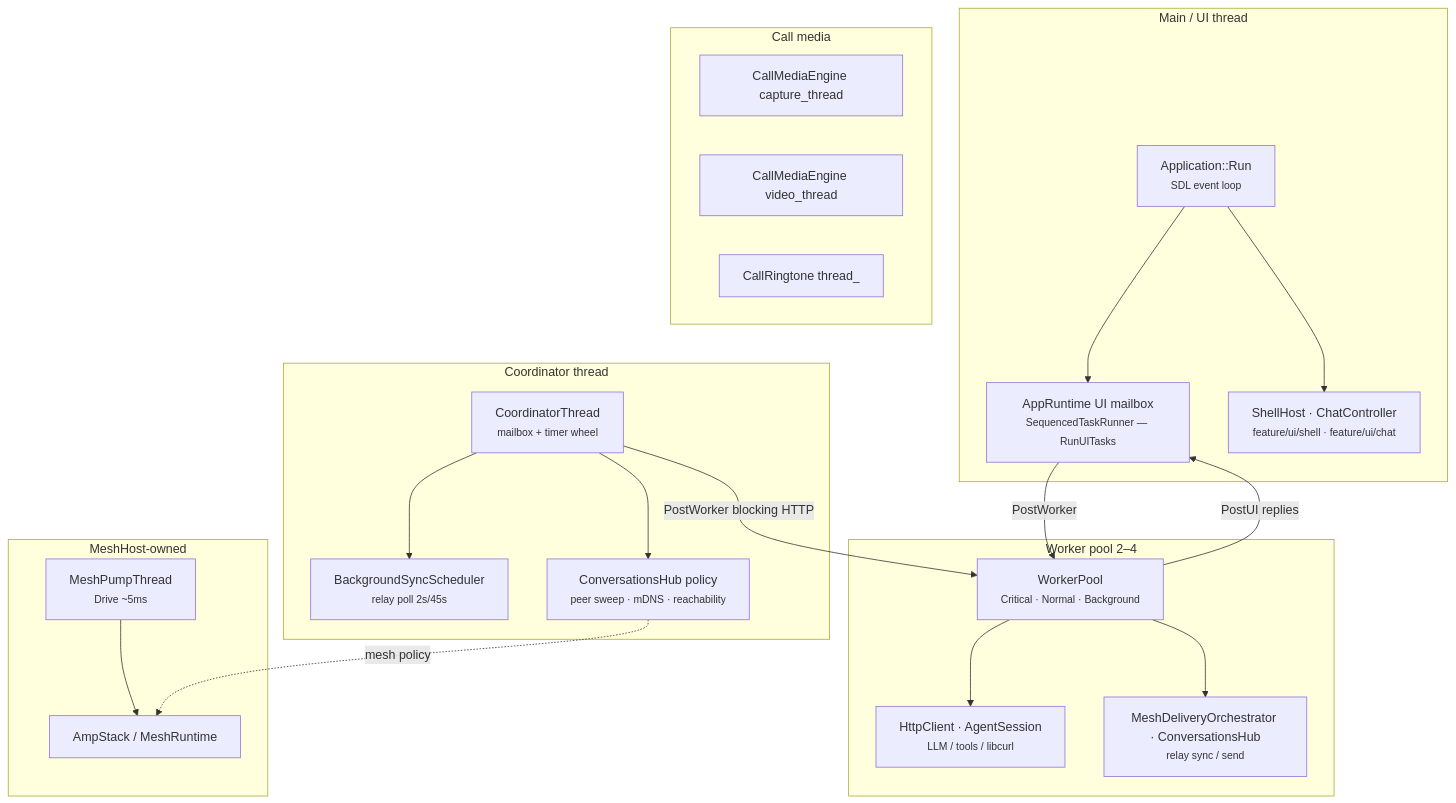
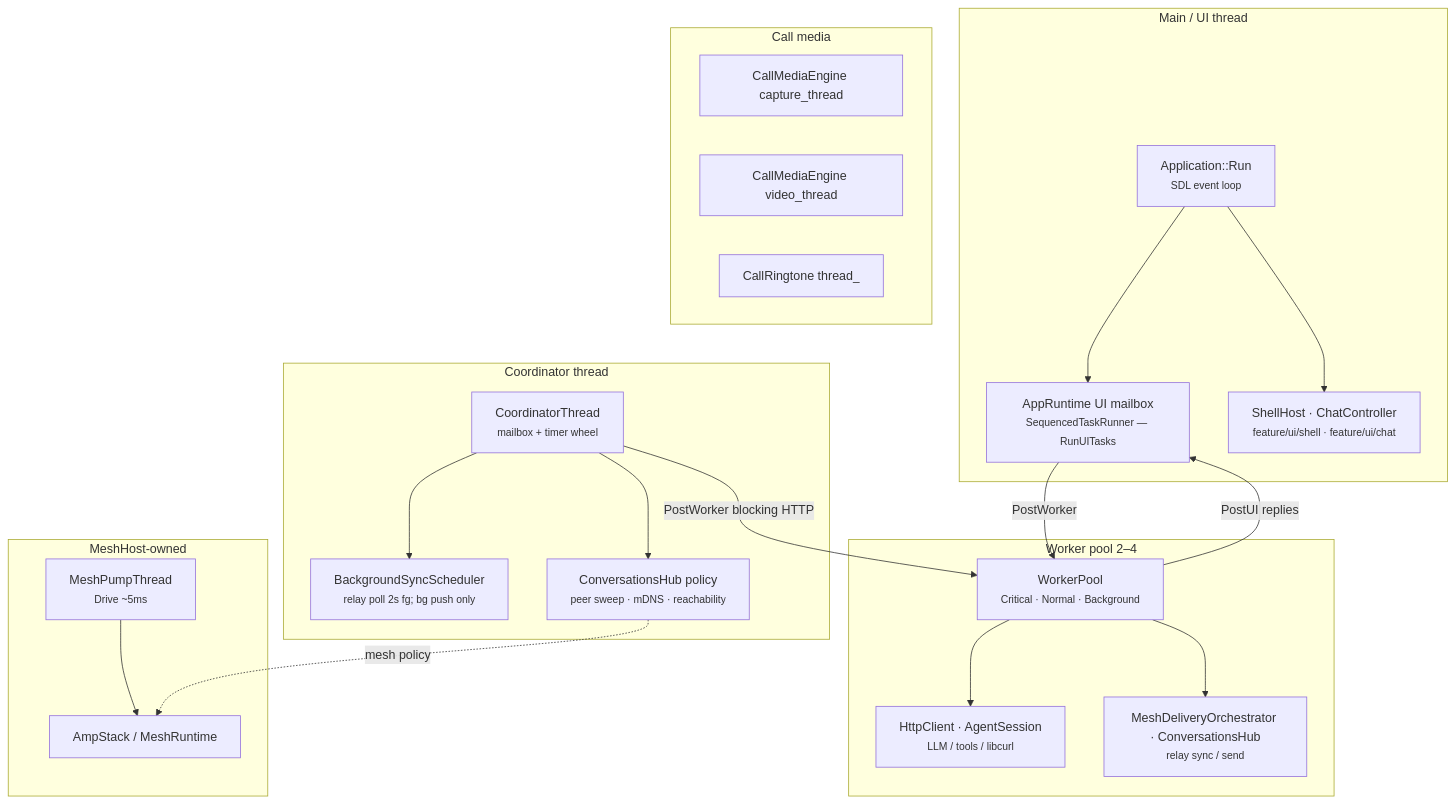
The fourth of 4 diagrams in docs/architecture/RUNTIME_COMPOSITION.md (people-post/pp-browser), drawn with Mermaid before and after one commit. The commit also changed 10 other files, not shown here.

First line of the commit message:
Background is push only: a wake is a 20 s window (P010); a click's ring stays down

````diff
--- a/docs/architecture/RUNTIME_COMPOSITION.md
+++ b/docs/architecture/RUNTIME_COMPOSITION.md
@@ -237,43 +237,43 @@
 ```mermaid
 flowchart TB
   subgraph main["Main / UI thread"]
     SDL["Application::Run<br/><small>SDL event loop</small>"]
     UIQ["AppRuntime UI mailbox<br/><small>SequencedTaskRunner — RunUITasks</small>"]
     ShellTick["ShellHost · ChatController<br/><small>feature/ui/shell · feature/ui/chat</small>"]
     SDL --> UIQ
     SDL --> ShellTick
   end
 
   subgraph coord["Coordinator thread"]
     Coord["CoordinatorThread<br/><small>mailbox + timer wheel</small>"]
-    RelayPoll["BackgroundSyncScheduler<br/><small>relay poll 2s/45s</small>"]
+    RelayPoll["BackgroundSyncScheduler<br/><small>relay poll 2s fg; bg push only</small>"]
     HubPolicy["ConversationsHub policy<br/><small>peer sweep · mDNS · reachability</small>"]
     Coord --> RelayPoll
     Coord --> HubPolicy
   end
 
   subgraph pool["Worker pool 2–4"]
     Pool["WorkerPool<br/><small>Critical · Normal · Background</small>"]
     Http["HttpClient · AgentSession<br/><small>LLM / tools / libcurl</small>"]
     P2pWork["MeshDeliveryOrchestrator · ConversationsHub<br/><small>relay sync / send</small>"]
     Pool --> Http
     Pool --> P2pWork
   end
 
   subgraph mesh_host["MeshHost-owned"]
     Pump["MeshPumpThread<br/><small>Drive ~5ms</small>"]
     Amp["AmpStack / MeshRuntime"]
     Pump --> Amp
   end
 
   subgraph media_stack["Call media"]
     Cap["CallMediaEngine capture_thread"]
     Vid["CallMediaEngine video_thread"]
     Ring["CallRingtone thread_"]
   end
 
   UIQ -->|"PostWorker"| Pool
   Pool -->|"PostUI replies"| UIQ
   Coord -->|"PostWorker blocking HTTP"| Pool
   HubPolicy -.->|"mesh policy"| Amp
 ```
````
